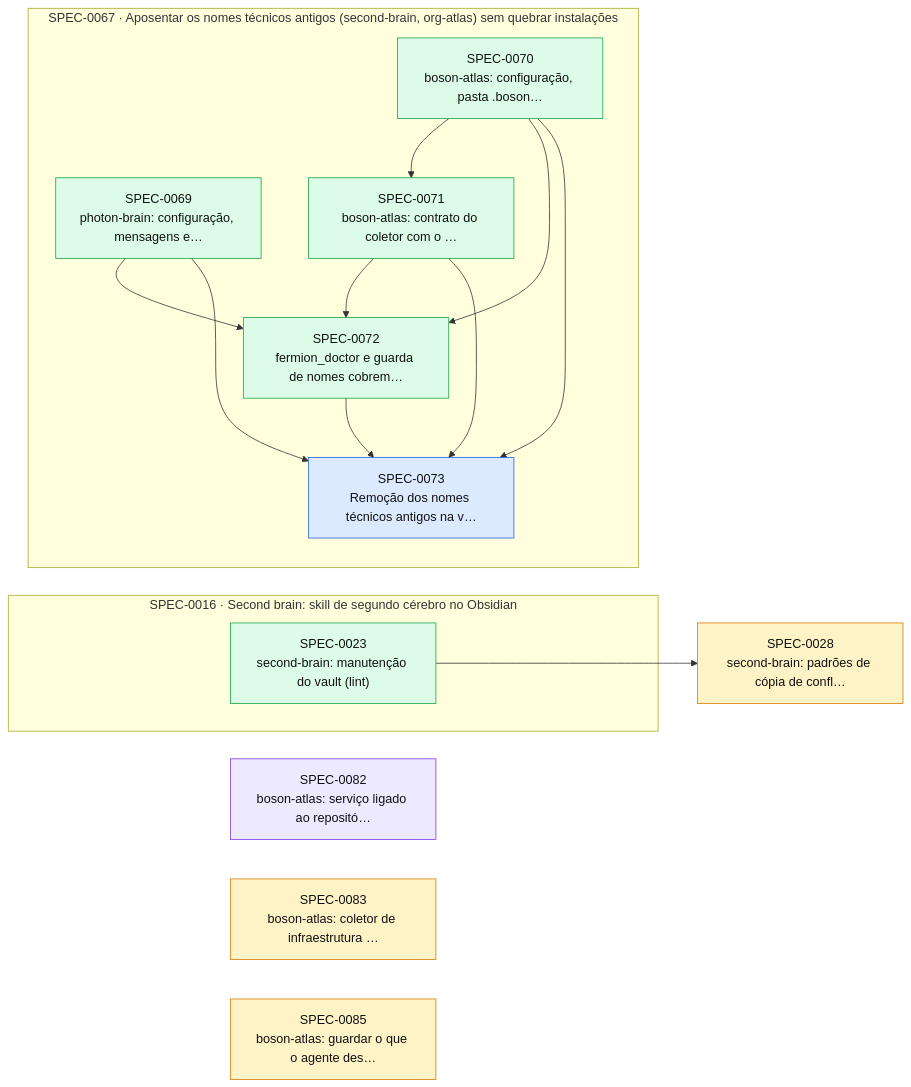
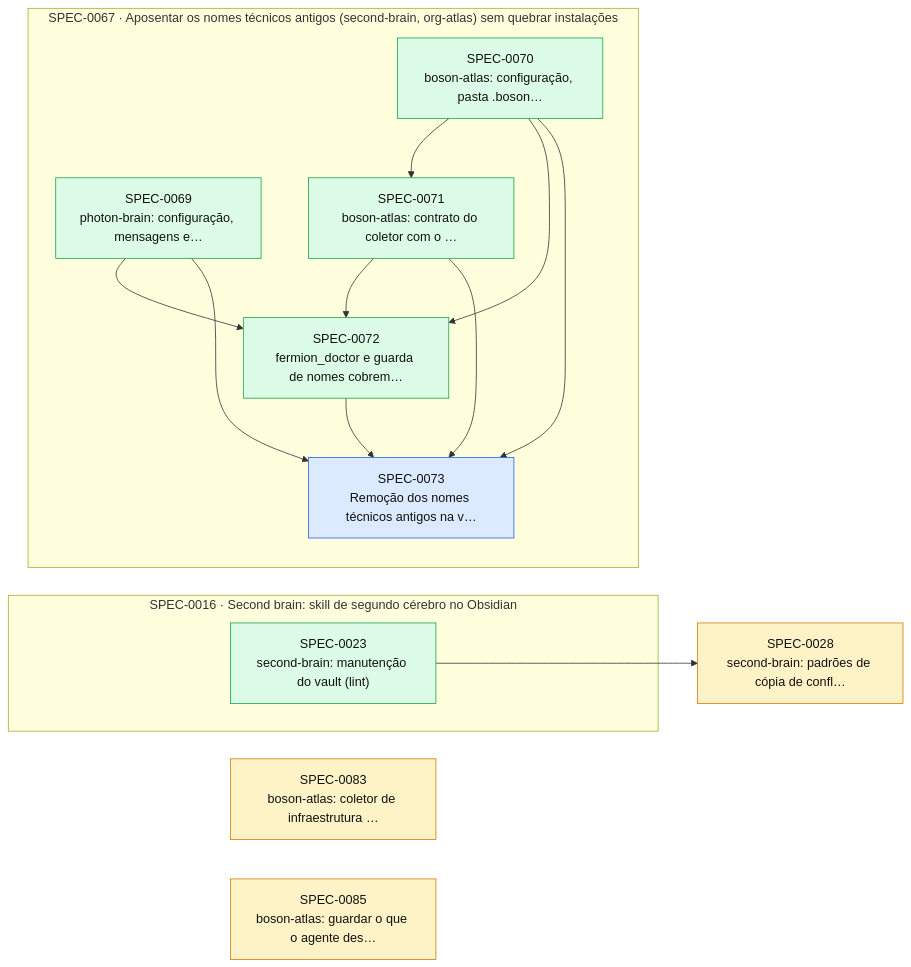
The diagram in docs/specs/INDEX.md (thomasravache/ai-dev-brain), drawn with Mermaid before and after one commit. The commit also changed other lines of this file and 1 other file, not shown here.

First line of the commit message:
docs(specs): G7 e fechamento da SPEC-0082

````diff
--- a/docs/specs/INDEX.md
+++ b/docs/specs/INDEX.md
@@ -64,31 +63,30 @@
 ```mermaid
 flowchart LR
   S0028["SPEC-0028<br/>second-brain: padrões de cópia de confl…"]:::proposed
-  S0082["SPEC-0082<br/>boson-atlas: serviço ligado ao repositó…"]:::inprogress
   S0083["SPEC-0083<br/>boson-atlas: coletor de infraestrutura …"]:::proposed
   S0085["SPEC-0085<br/>boson-atlas: guardar o que o agente des…"]:::proposed
   subgraph E0016["SPEC-0016 · Second brain: skill de segundo cérebro no Obsidian"]
     S0023["SPEC-0023<br/>second-brain: manutenção do vault (lint)"]:::implemented
   end
   subgraph E0067["SPEC-0067 · Aposentar os nomes técnicos antigos (second-brain, org-atlas) sem quebrar instalações"]
     S0069["SPEC-0069<br/>photon-brain: configuração, mensagens e…"]:::implemented
     S0070["SPEC-0070<br/>boson-atlas: configuração, pasta .boson…"]:::implemented
     S0071["SPEC-0071<br/>boson-atlas: contrato do coletor com o …"]:::implemented
     S0072["SPEC-0072<br/>fermion_doctor e guarda de nomes cobrem…"]:::implemented
     S0073["SPEC-0073<br/>Remoção dos nomes técnicos antigos na v…"]:::approved
   end
   S0023 --> S0028
   S0070 --> S0071
   S0069 --> S0072
   S0070 --> S0072
   S0071 --> S0072
   S0069 --> S0073
   S0070 --> S0073
   S0071 --> S0073
   S0072 --> S0073
   classDef proposed fill:#fef3c7,stroke:#d97706,color:#111
   classDef approved fill:#dbeafe,stroke:#2563eb,color:#111
   classDef inprogress fill:#ede9fe,stroke:#7c3aed,color:#111
   classDef implemented fill:#dcfce7,stroke:#16a34a,color:#111
   classDef deprecated fill:#f3f4f6,stroke:#9ca3af,color:#6b7280
 ```
````
